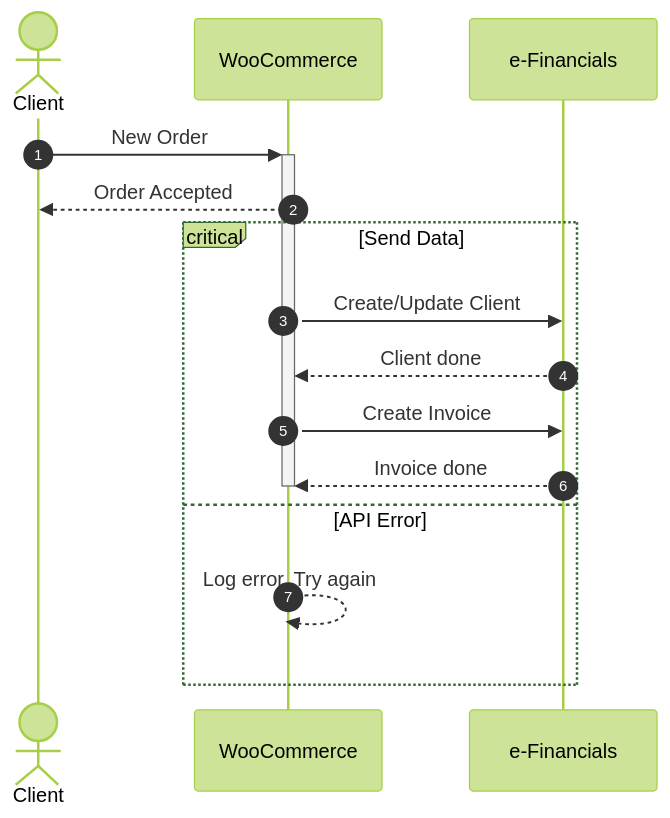
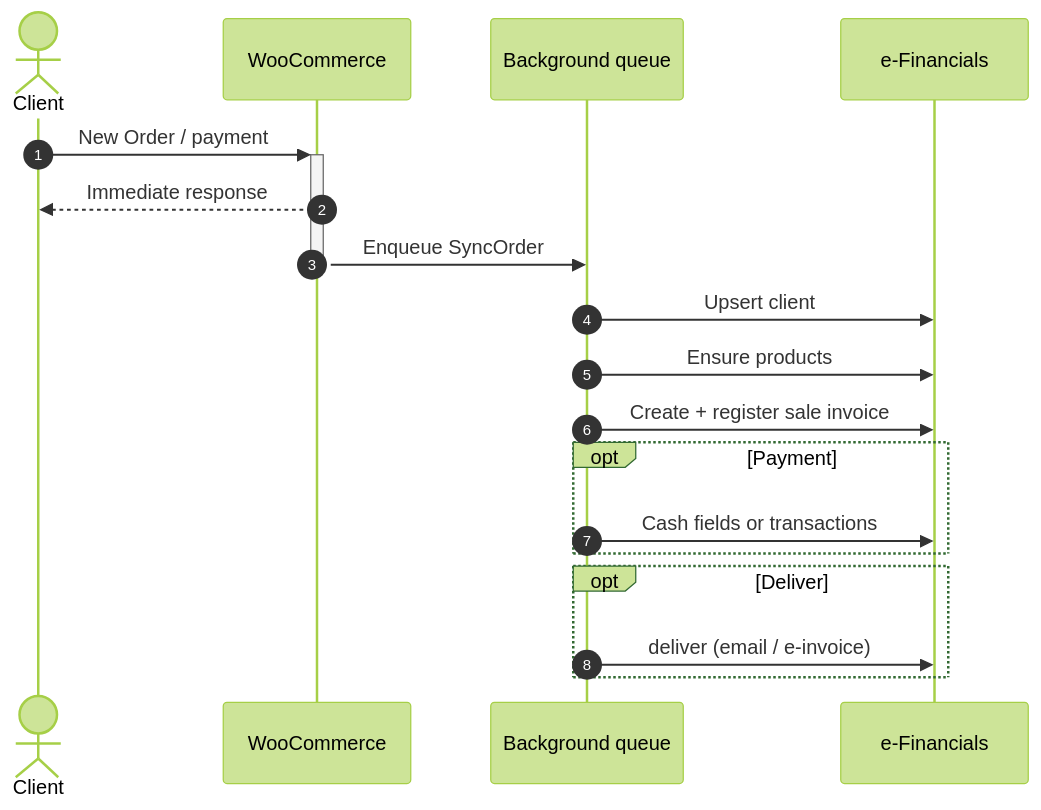
One commit to aanndryyyy/e-financials-woocommerce-integration changed the diagram in README.md. Above: the diagram before and after it, drawn with Mermaid (forest theme). The commit also changed other lines of this file and 69 other files, not shown here.

````diff
--- a/README.md
+++ b/README.md
@@ -10,21 +29,22 @@
 ```mermaid
 sequenceDiagram
 	autonumber
-
 	actor C as Client
 	participant WC as WooCommerce
+	participant Q as Background queue
 	participant eF as e-Financials
-	
-	C->>+WC: New Order
-	WC-->>C: Order Accepted
-	
-	critical Send Data
-		WC->>eF: Create/Update Client
-		eF-->>WC: Client done
-		WC->>eF: Create Invoice
-		eF-->>WC: Invoice done
-		deactivate WC
-	option API Error
-		WC-->>WC: Log error, Try again
+
+	C->>+WC: New Order / payment
+	WC-->>C: Immediate response
+	WC->>Q: Enqueue SyncOrder
+	deactivate WC
+	Q->>eF: Upsert client
+	Q->>eF: Ensure products
+	Q->>eF: Create + register sale invoice
+	opt Payment
+		Q->>eF: Cash fields or transactions
+	end
+	opt Deliver
+		Q->>eF: deliver (email / e-invoice)
 	end
 ```
````
